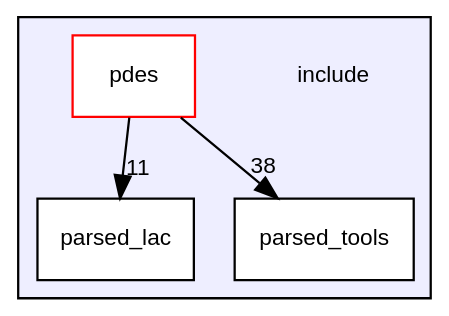
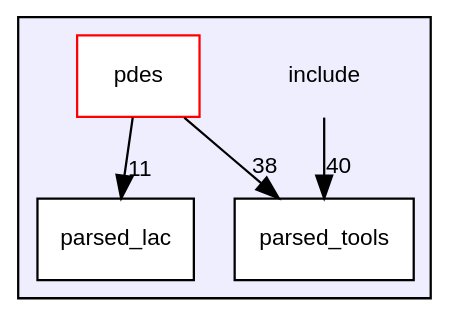
Before and after one commit to luca-heltai/fsi-suite: the diagram in dir_d44c64559bbebec7f509842c48db8b23_dep.dot, drawn with Graphviz. The commit also changed 615 other files, not shown here.

```diff
--- a/dir_d44c64559bbebec7f509842c48db8b23_dep.dot
+++ b/dir_d44c64559bbebec7f509842c48db8b23_dep.dot
@@ -1,15 +1,16 @@
 digraph "include" {
   bgcolor=transparent;
   compound=true
   node [ fontsize="10", fontname="Helvetica"];
   edge [ labelfontsize="10", labelfontname="Helvetica"];
   subgraph clusterdir_d44c64559bbebec7f509842c48db8b23 {
     graph [ bgcolor="#eeeeff", pencolor="black", label="" URL="dir_d44c64559bbebec7f509842c48db8b23.html"];
     dir_d44c64559bbebec7f509842c48db8b23 [shape=plaintext label="include"];
     dir_65593bf93f1e4428cc81baf4bb94349f [shape=box label="parsed_lac" color="black" fillcolor="white" style="filled" URL="dir_65593bf93f1e4428cc81baf4bb94349f.html"];
     dir_8e8448d9aef603b86753e7cb911804a9 [shape=box label="parsed_tools" color="black" fillcolor="white" style="filled" URL="dir_8e8448d9aef603b86753e7cb911804a9.html"];
     dir_60faf9a10d52b04582224b9116454383 [shape=box label="pdes" color="red" fillcolor="white" style="filled" URL="dir_60faf9a10d52b04582224b9116454383.html"];
   }
   dir_60faf9a10d52b04582224b9116454383->dir_8e8448d9aef603b86753e7cb911804a9 [headlabel="38", labeldistance=1.5 headhref="dir_000005_000004.html"];
   dir_60faf9a10d52b04582224b9116454383->dir_65593bf93f1e4428cc81baf4bb94349f [headlabel="11", labeldistance=1.5 headhref="dir_000005_000003.html"];
+  dir_d44c64559bbebec7f509842c48db8b23->dir_8e8448d9aef603b86753e7cb911804a9 [headlabel="40", labeldistance=1.5 headhref="dir_000002_000004.html"];
 }
```
